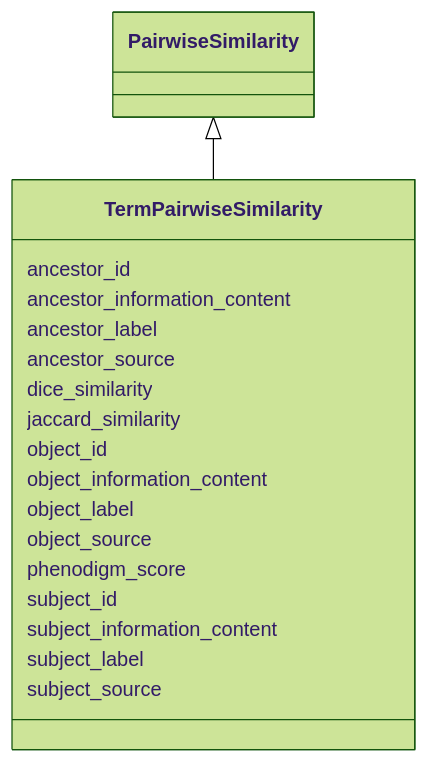
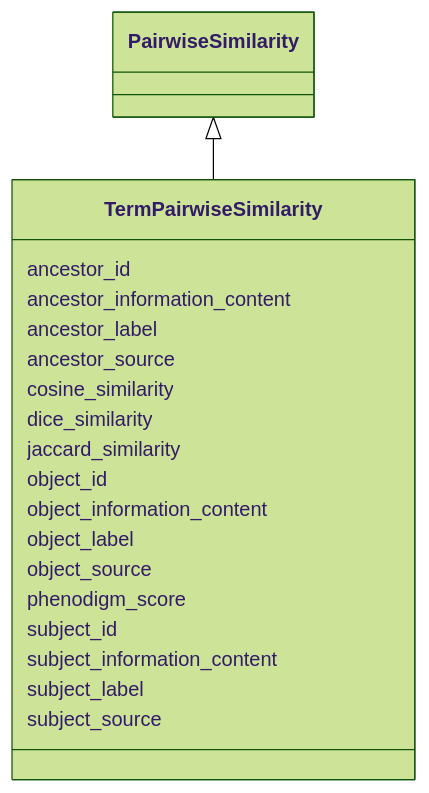
Before and after one commit to INCATools/ontology-access-kit: the diagram in similarity/TermPairwiseSimilarity.md, drawn with Mermaid (forest theme). The commit also changed other lines of this file and 12 other files, not shown here.

````diff
--- a/similarity/TermPairwiseSimilarity.md
+++ b/similarity/TermPairwiseSimilarity.md
@@ -14,37 +14,39 @@
 ```{mermaid}
  classDiagram
     class TermPairwiseSimilarity
       PairwiseSimilarity <|-- TermPairwiseSimilarity
       
       TermPairwiseSimilarity : ancestor_id
         
       TermPairwiseSimilarity : ancestor_information_content
         
       TermPairwiseSimilarity : ancestor_label
         
       TermPairwiseSimilarity : ancestor_source
+        
+      TermPairwiseSimilarity : cosine_similarity
         
       TermPairwiseSimilarity : dice_similarity
         
       TermPairwiseSimilarity : jaccard_similarity
         
       TermPairwiseSimilarity : object_id
         
       TermPairwiseSimilarity : object_information_content
         
       TermPairwiseSimilarity : object_label
         
       TermPairwiseSimilarity : object_source
         
       TermPairwiseSimilarity : phenodigm_score
         
       TermPairwiseSimilarity : subject_id
         
       TermPairwiseSimilarity : subject_information_content
         
       TermPairwiseSimilarity : subject_label
         
       TermPairwiseSimilarity : subject_source
         
       
 ```
````
